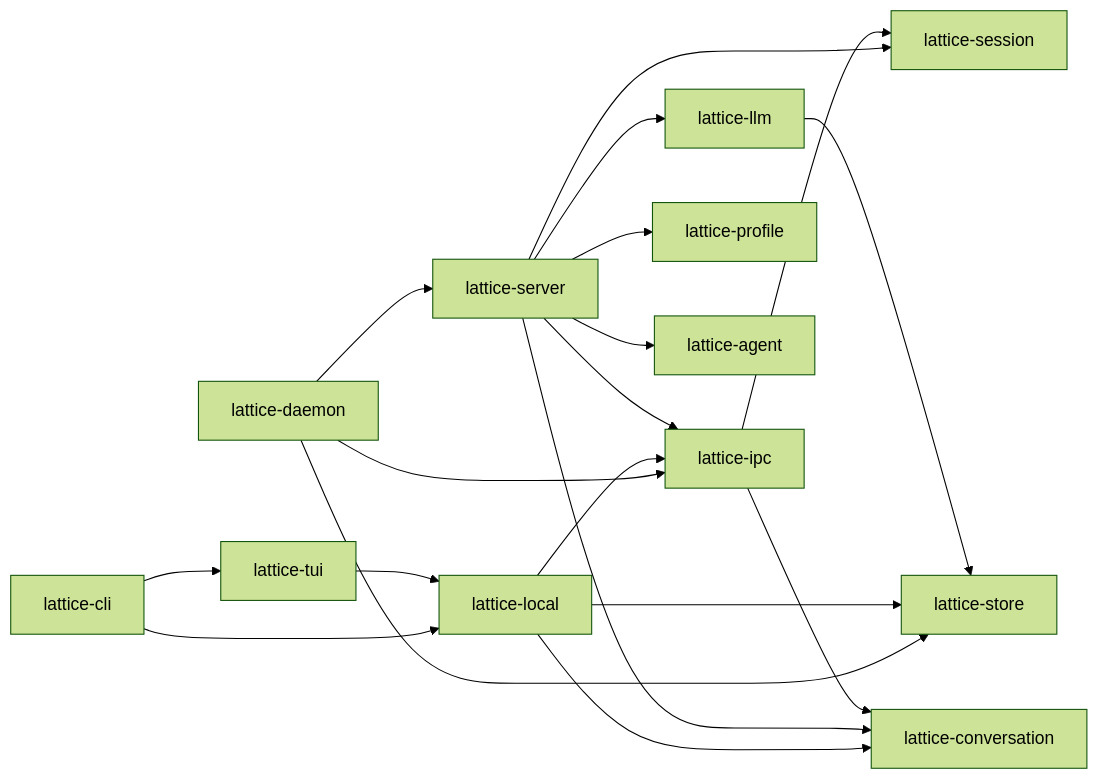
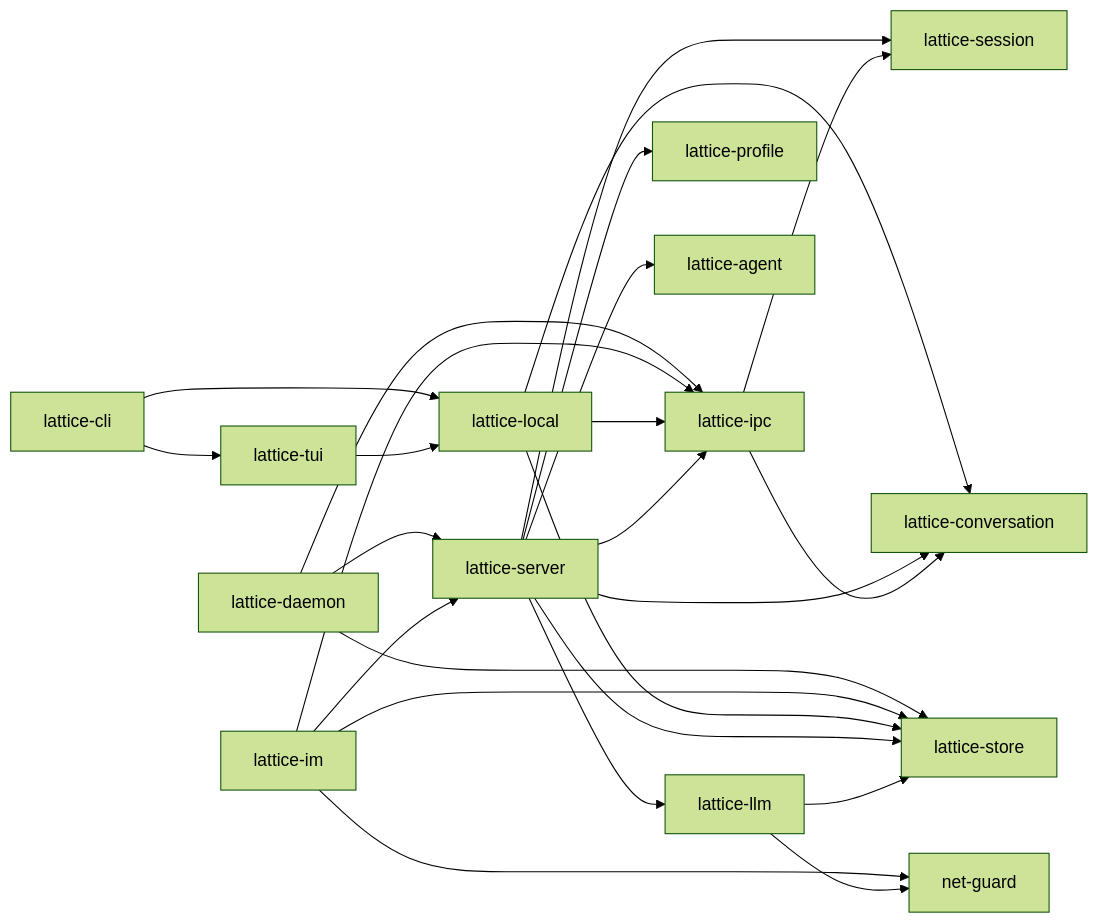
Before and after one commit to Skyline10124/lattice: the diagram in docs/architecture/crates.md, drawn with Mermaid (forest theme). The commit also changed other lines of this file and 31 other files, not shown here.

````diff
--- a/docs/architecture/crates.md
+++ b/docs/architecture/crates.md
@@ -15,21 +15,27 @@
 ```mermaid
 flowchart LR
     CLI["lattice-cli"] --> TUI["lattice-tui"]
     CLI --> LOCAL["lattice-local"]
     DAEMON["lattice-daemon"] --> SERVER["lattice-server"]
     DAEMON --> IPC["lattice-ipc"]
     DAEMON --> STORE["lattice-store"]
+    IM["lattice-im"] --> SERVER
+    IM --> IPC
+    IM --> STORE
+    IM --> NET["net-guard"]
     TUI --> LOCAL
     LOCAL --> IPC
     LOCAL --> STORE
     LOCAL --> CONV["lattice-conversation"]
     SERVER --> IPC
+    SERVER --> STORE
     SERVER --> LLM["lattice-llm"]
     SERVER --> PROFILE["lattice-profile"]
     SERVER --> AGENT["lattice-agent"]
     SERVER --> SESSION["lattice-session"]
     SERVER --> CONV
     LLM --> STORE
+    LLM --> NET
     IPC --> SESSION
     IPC --> CONV
 ```
````
